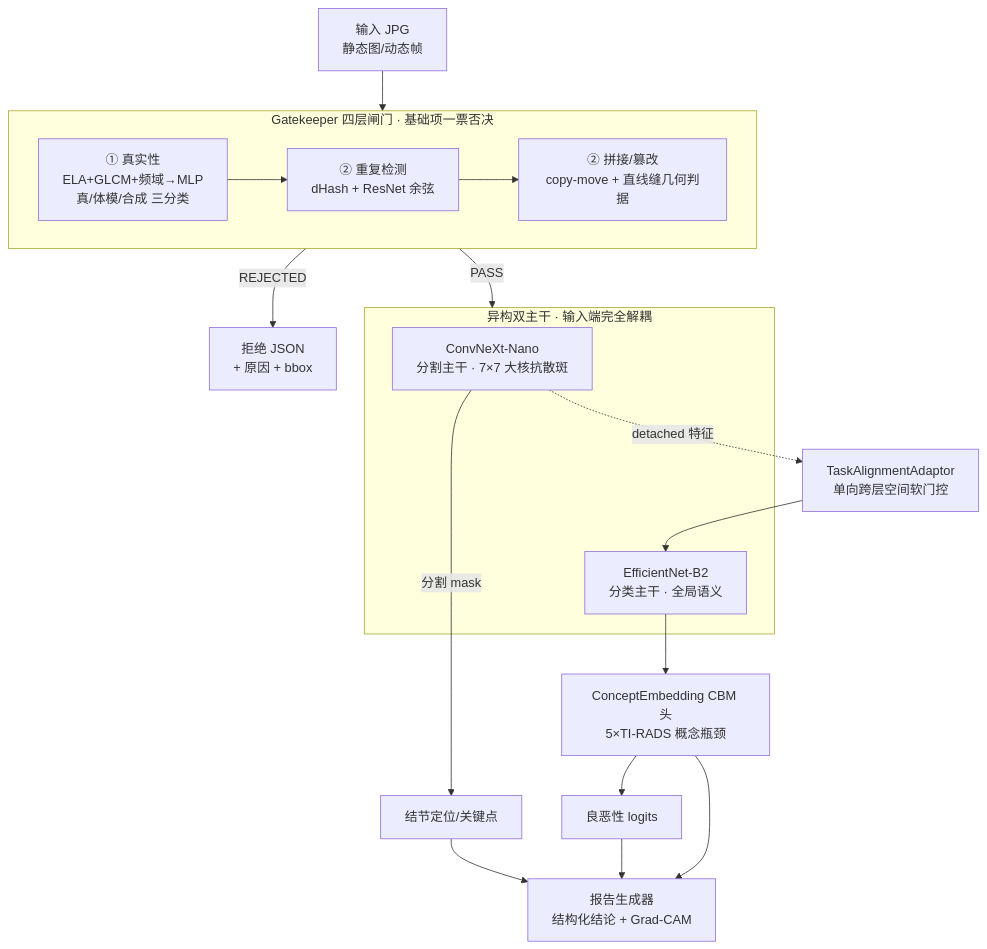
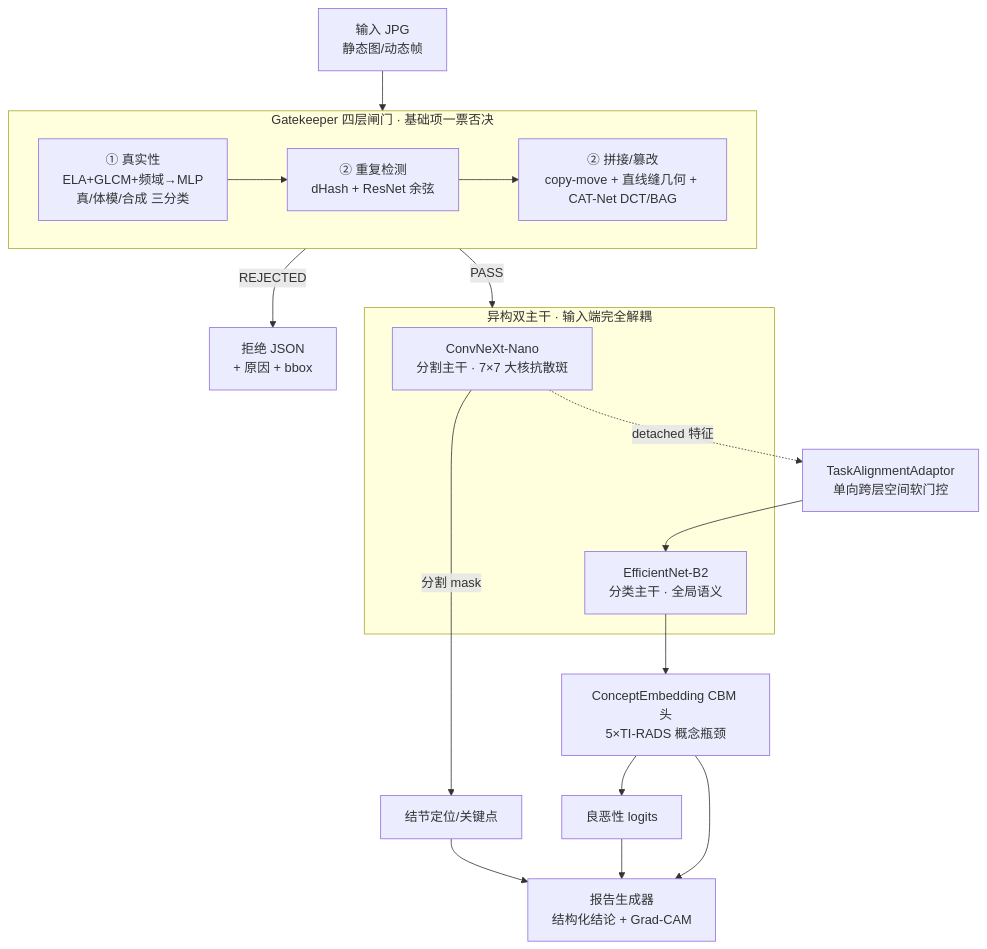
One commit to Cjy-hjw/AI-image-Recongnition changed the diagram in docs/技术报告_初赛.md. Above: the diagram before and after it, drawn with Mermaid. The commit also changed other lines of this file and 17 other files, not shown here.

First line of the commit message:
Feat: gatekeeper 取证检测器升级 SOTA(真实性13维/SSCD/CAT-Net DCT-BAG/泊松合成)+ rules CI 实证规则

````diff
--- a/docs/技术报告_初赛.md
+++ b/docs/技术报告_初赛.md
@@ -33,24 +33,24 @@
 ```mermaid
 flowchart TD
     A[输入 JPG<br/>静态图/动态帧] --> G{Gatekeeper 闸门}
     subgraph G [Gatekeeper 四层闸门 · 基础项一票否决]
         G1[① 真实性<br/>ELA+GLCM+频域→MLP<br/>真/体模/合成 三分类]
         G2[② 重复检测<br/>dHash + ResNet 余弦]
-        G3[② 拼接/篡改<br/>copy-move + 直线缝几何判据]
+        G3[② 拼接/篡改<br/>copy-move + 直线缝几何 + CAT-Net DCT/BAG]
         G1 --> G2 --> G3
     end
     G -->|REJECTED| R[拒绝 JSON<br/>+ 原因 + bbox]
     G -->|PASS| B
     subgraph B [异构双主干 · 输入端完全解耦]
         B1[ConvNeXt-Nano<br/>分割主干 · 7×7 大核抗散斑]
         B2[EfficientNet-B2<br/>分类主干 · 全局语义]
     end
     B1 -->|分割 mask| S[结节定位/关键点]
     B1 -.detached 特征.-> TAA[TaskAlignmentAdaptor<br/>单向跨层空间软门控]
     TAA --> B2
     B2 --> CBM[ConceptEmbedding CBM 头<br/>5×TI-RADS 概念瓶颈]
     CBM --> MAL[良恶性 logits]
     CBM --> REP[报告生成器<br/>结构化结论 + Grad-CAM]
     S --> REP
     MAL --> REP
 ```
````
